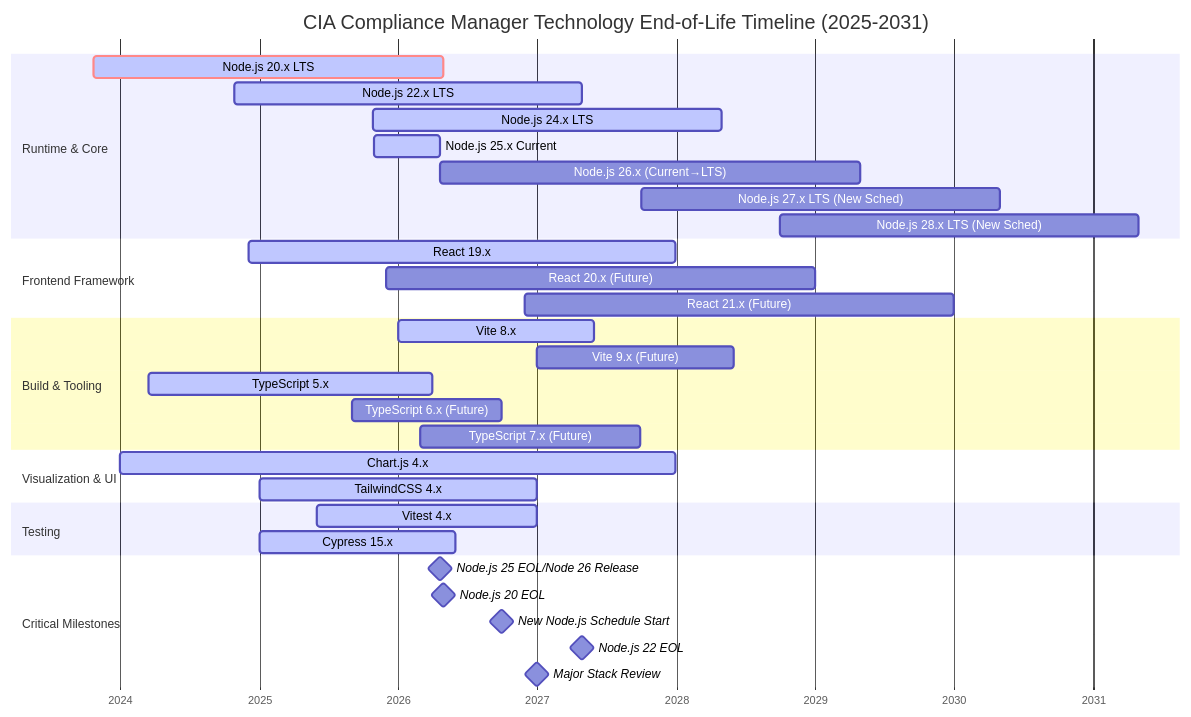
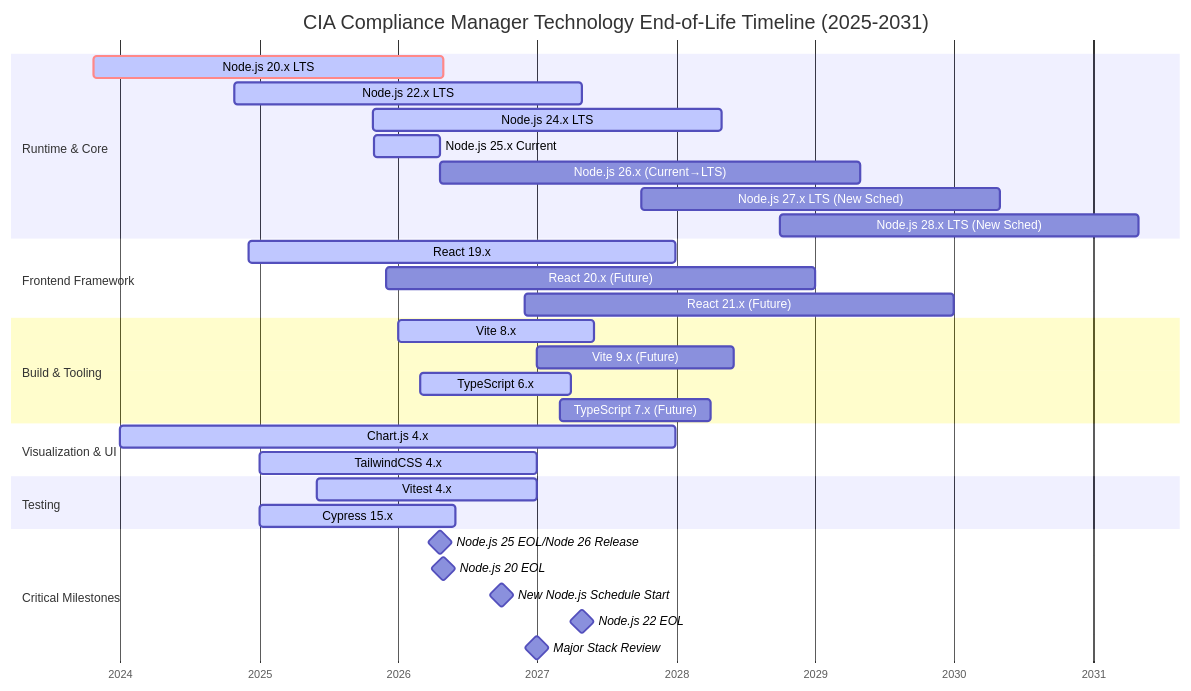
The fourth of 9 diagrams in docs/End-of-Life-Strategy.md (step-security-bot/cia-compliance-manager), drawn with Mermaid before and after one commit. The commit also changed other lines of this file and 22 other files, not shown here.

First line of the commit message:
chore: upgrade TypeScript 5.9.3 → 6.0.2, remove madge, apply TS6 breaking change fixes (#1068)

````diff
--- a/docs/End-of-Life-Strategy.md
+++ b/docs/End-of-Life-Strategy.md
@@ -341,42 +388,41 @@
 ```mermaid
 gantt
     title CIA Compliance Manager Technology End-of-Life Timeline (2025-2031)
     dateFormat YYYY-MM-DD
     axisFormat %Y
 
     section Runtime & Core
     Node.js 20.x LTS          :crit, active, node20, 2023-10-24, 2026-04-30
     Node.js 22.x LTS          :active, node22, 2024-10-29, 2027-04-30
     Node.js 24.x LTS          :active, node24, 2025-10-28, 2028-04-30
     Node.js 25.x Current      :active, node25, 2025-10-29, 2026-04-21
     Node.js 26.x (Current→LTS) :node26, 2026-04-21, 2029-04-30
     Node.js 27.x LTS (New Sched) :node27, 2027-10-01, 2030-04-30
     Node.js 28.x LTS (New Sched) :node28, 2028-10-01, 2031-04-30
 
     section Frontend Framework
     React 19.x                :active, react19, 2024-12-05, 2027-12-31
     React 20.x (Future)       :react20, 2025-12-01, 2028-12-31
     React 21.x (Future)       :react21, 2026-12-01, 2029-12-31
 
     section Build & Tooling
     Vite 8.x                  :active, vite8, 2026-01-01, 2027-06-01
     Vite 9.x (Future)         :vite9, 2027-01-01, 2028-06-01
-    TypeScript 5.x            :active, ts5, 2024-03-16, 2026-03-31
-    TypeScript 6.x (Future)   :ts6, 2025-09-01, 2026-09-30
-    TypeScript 7.x (Future)   :ts7, 2026-03-01, 2027-09-30
+    TypeScript 6.x            :active, ts6, 2026-03-01, 2027-03-31
+    TypeScript 7.x (Future)   :ts7, 2027-03-01, 2028-03-31
 
     section Visualization & UI
     Chart.js 4.x              :active, chartjs4, 2024-01-01, 2027-12-31
     TailwindCSS 4.x           :active, tailwind4, 2025-01-01, 2027-01-01
 
     section Testing
     Vitest 4.x                :active, vitest4, 2025-06-01, 2026-12-31
     Cypress 15.x              :active, cypress15, 2025-01-01, 2026-06-01
 
     section Critical Milestones
     Node.js 25 EOL/Node 26 Release :milestone, node25eol, 2026-04-21, 0d
     Node.js 20 EOL            :milestone, node20eol, 2026-04-30, 0d
     New Node.js Schedule Start :milestone, newschedstart, 2026-10-01, 0d
     Node.js 22 EOL            :milestone, node22eol, 2027-04-30, 0d
     Major Stack Review        :milestone, stackreview, 2027-01-01, 0d
 ```
````
